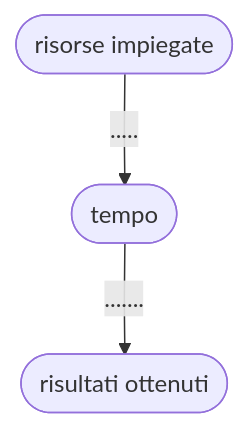
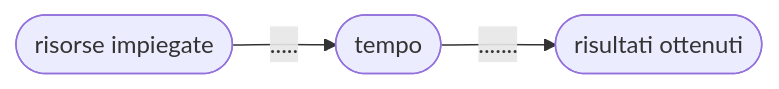
The diagram in docs/contenuti/reingegnerizzazione.md (UO-TransizioneDigitaleComunePalermo/mappatura-procedimenti-amministrativi), drawn with Mermaid before and after one commit.

````diff
--- a/docs/contenuti/reingegnerizzazione.md
+++ b/docs/contenuti/reingegnerizzazione.md
@@ -23,4 +23,4 @@
 ``` mermaid
-graph TD
+graph LR
 A([risorse impiegate]) -->|.....| B([tempo]) -->|.......| C([risultati ottenuti]) 
 ```
````
